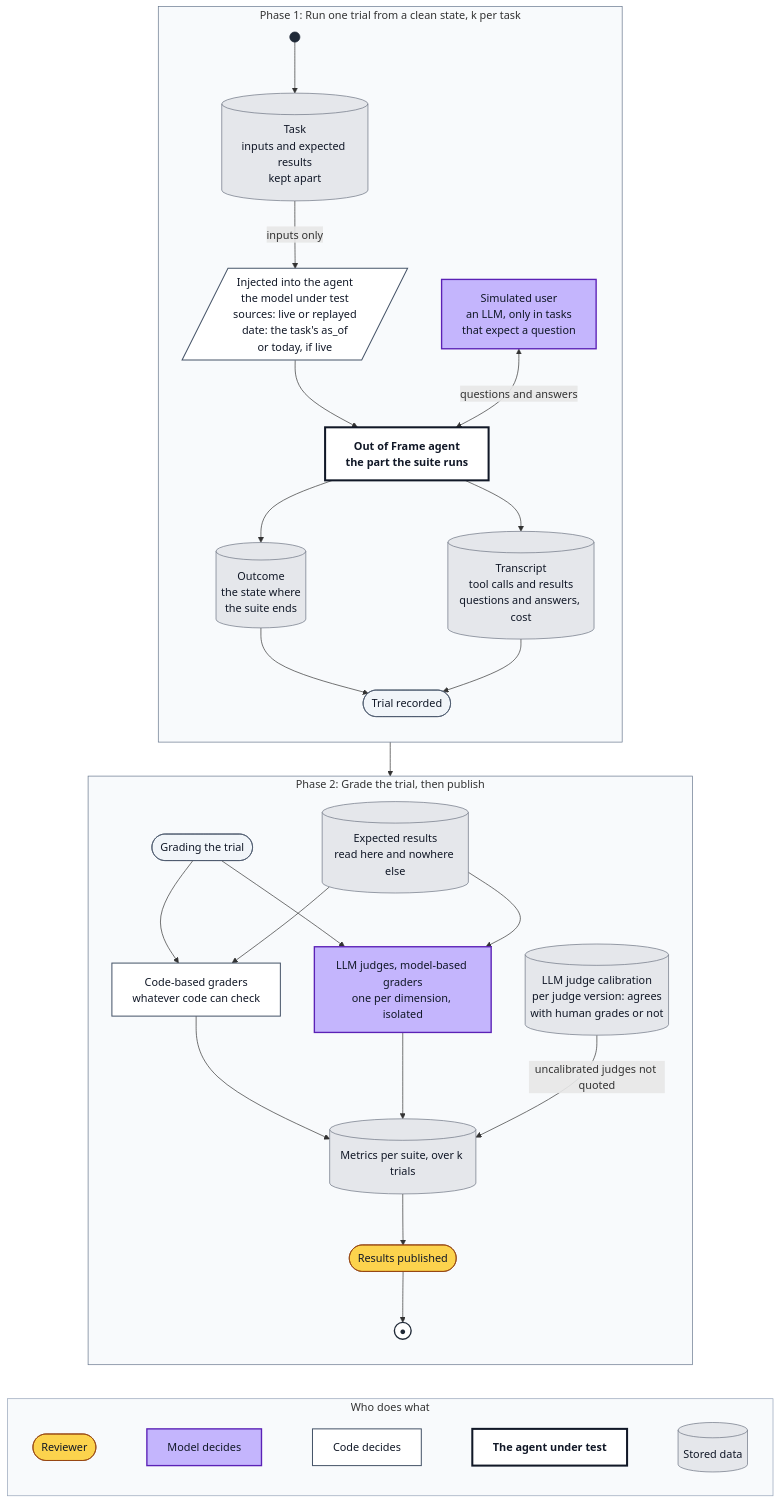
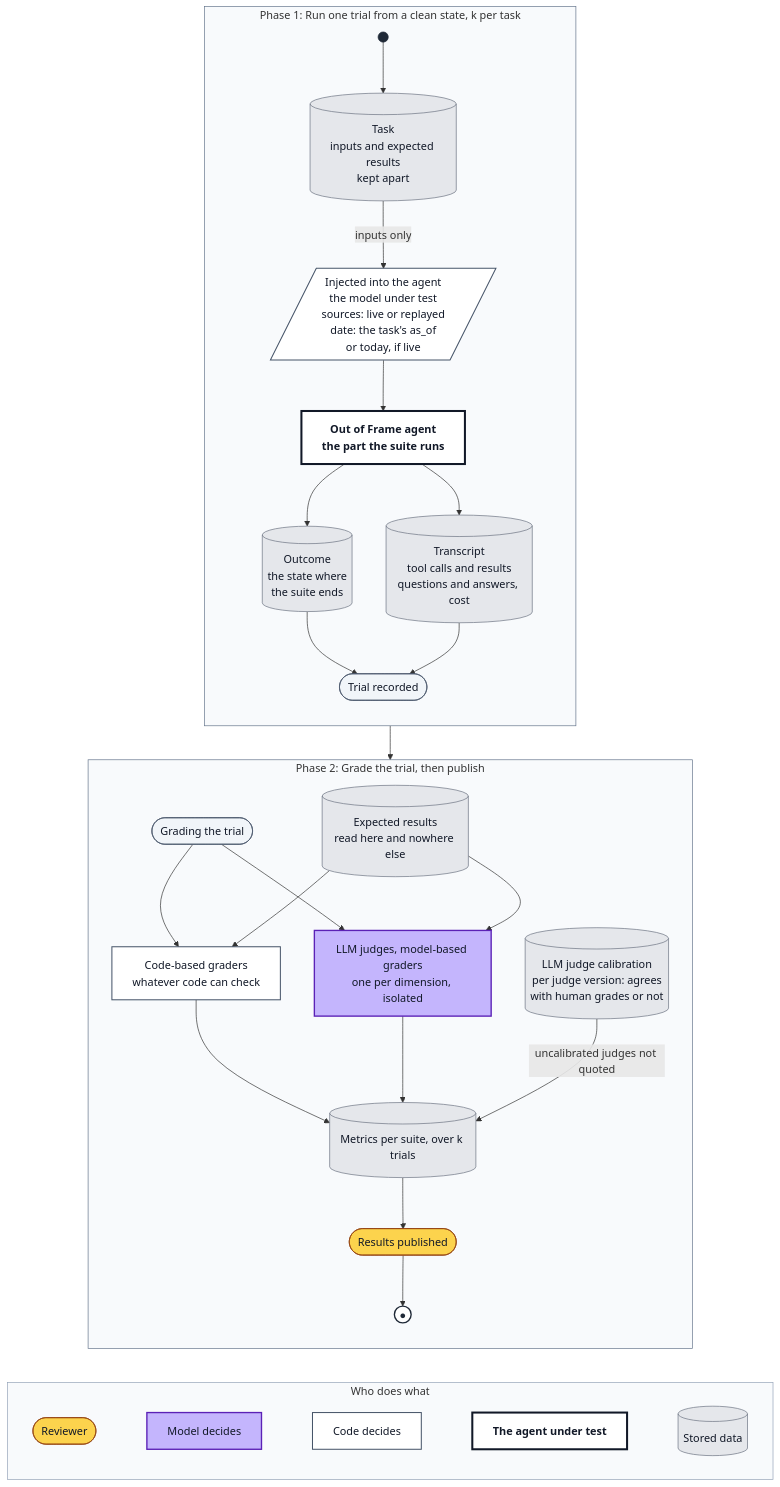
One commit to avashchenkov/out-of-frame changed the second of 2 diagrams in docs/eval-architecture.md. Above: the diagram before and after it, drawn with Mermaid. The commit also changed other lines of this file and 1 other file, not shown here.

````diff
--- a/docs/eval-architecture.md
+++ b/docs/eval-architecture.md
@@ -512,67 +530,65 @@
 ```mermaid
 flowchart TD
     subgraph TRIALS["Phase 1: Run one trial from a clean state, k per task"]
         direction TB
         START((" ")):::start
         TASK[("Task<br/>inputs and expected results<br/>kept apart")]:::data
         INJ[/"Injected into the agent<br/>the model under test<br/>sources: live or replayed<br/>date: the task's as_of<br/>or today, if live"/]:::code
-        SIM["Simulated user<br/>an LLM, only in tasks<br/>that expect a question"]:::model
         AG["Out of Frame agent<br/>the part the suite runs"]:::sut
         OUTC[("Outcome<br/>the state where<br/>the suite ends")]:::data
         TRN[("Transcript<br/>tool calls and results<br/>questions and answers, cost")]:::data
         RD(["Trial recorded"]):::milestone
         START --> TASK
         TASK -->|"inputs only"| INJ
         INJ --> AG
-        SIM <-->|"questions and answers"| AG
         AG --> OUTC
         AG --> TRN
         OUTC --> RD
         TRN --> RD
     end
 
     subgraph GRADE["Phase 2: Grade the trial, then publish"]
         direction TB
         GS(["Grading the trial"]):::milestone
         SC[("Expected results<br/>read here and nowhere else")]:::data
         CG["Code-based graders<br/>whatever code can check"]:::code
         JG["LLM judges, model-based graders<br/>one per dimension, isolated"]:::model
         CALD[("LLM judge calibration<br/>per judge version: agrees<br/>with human grades or not")]:::data
         MET[("Metrics per suite, over k trials")]:::data
         PUB(["Results published"]):::human
         STOP(("●")):::stop
         GS --> CG
         GS --> JG
         SC --> CG
         SC --> JG
         CG --> MET
         JG --> MET
         CALD -->|"uncalibrated judges not quoted"| MET
         MET --> PUB --> STOP
     end
 
     TRIALS --> GRADE
 
     subgraph KEY["Who does what"]
         direction LR
         k1(["Reviewer"]):::human
         k2["Model decides"]:::model
         k3["Code decides"]:::code
         k6["The agent under test"]:::sut
         k4[("Stored data")]:::data
         k1 ~~~ k2 ~~~ k3 ~~~ k6 ~~~ k4
     end
     GRADE ~~~ KEY
 
     classDef human fill:#fcd34d,stroke:#92400e,color:#111827
     classDef model fill:#c4b5fd,stroke:#5b21b6,stroke-width:2px,color:#111827
     classDef code fill:#ffffff,stroke:#475569,stroke-width:1.5px,color:#111827
     classDef sut fill:#ffffff,stroke:#111827,stroke-width:3px,color:#111827,font-weight:bold
     classDef data fill:#e5e7eb,stroke:#6b7280,color:#111827
     classDef milestone fill:#f1f5f9,stroke:#475569,color:#111827
     classDef start fill:#1f2937,stroke:#1f2937,color:#1f2937
     classDef stop fill:#ffffff,stroke:#1f2937,stroke-width:2px,color:#1f2937
     style TRIALS fill:#f8fafc,stroke:#64748b
     style GRADE fill:#f8fafc,stroke:#64748b
     style KEY fill:#f8fafc,stroke:#94a3b8
 ```
````
